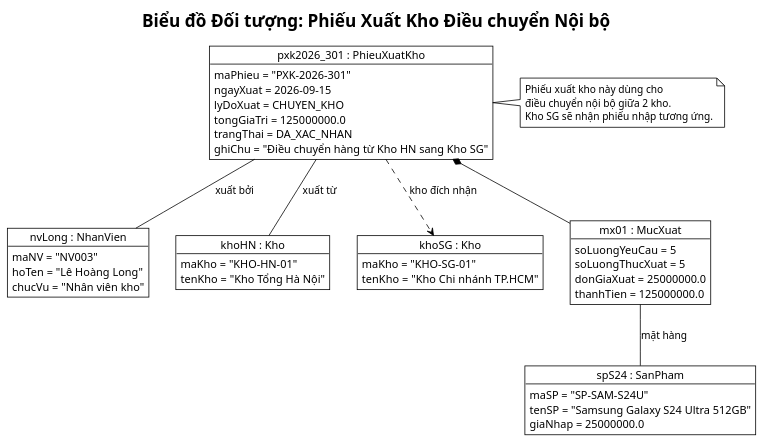
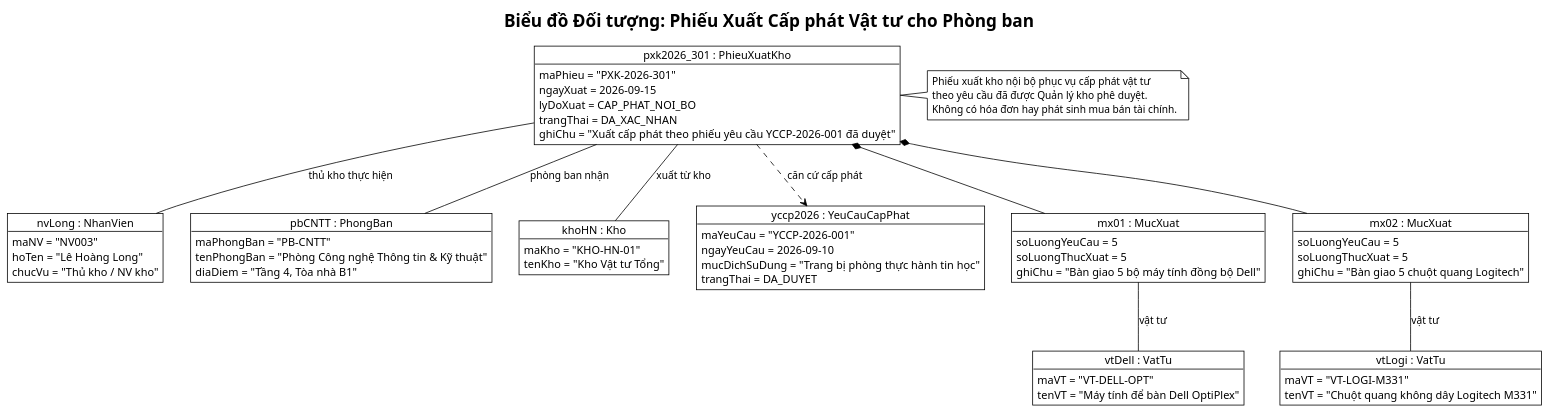
The second of 2 diagrams in BTL-QuanLyKhoHang/plantuml/object-diagrams.puml (vuhoabinh2416137/G8_Quanlysanphamvakhohang), drawn with PlantUML before and after one commit. The commit also changed other lines of this file and 73 other files, not shown here.

Commit message:
refactor: chuyen doi toan bo du an sang Quan ly Kho vat tu noi bo to chuc va bo sung ke hoach phan cong 7 thanh vien

```diff
--- a/BTL-QuanLyKhoHang/plantuml/object-diagrams.puml
+++ b/BTL-QuanLyKhoHang/plantuml/object-diagrams.puml
@@ -107,60 +96,78 @@
 @startuml object-diagram-phieu-xuat-chuyen-kho
 !theme plain
 skinparam classAttributeIconSize 0
 skinparam defaultTextAlignment left
 skinparam defaultFontName "Arial"
 
-title Biểu đồ Đối tượng: Phiếu Xuất Kho Điều chuyển Nội bộ
+title Biểu đồ Đối tượng: Phiếu Xuất Cấp phát Vật tư cho Phòng ban
 
 object "nvLong : NhanVien" as nvLong {
     maNV = "NV003"
     hoTen = "Lê Hoàng Long"
-    chucVu = "Nhân viên kho"
+    chucVu = "Thủ kho / NV kho"
+}
+
+object "pbCNTT : PhongBan" as pbCNTT {
+    maPhongBan = "PB-CNTT"
+    tenPhongBan = "Phòng Công nghệ Thông tin & Kỹ thuật"
+    diaDiem = "Tầng 4, Tòa nhà B1"
 }
 
 object "khoHN : Kho" as khoHN {
     maKho = "KHO-HN-01"
-    tenKho = "Kho Tổng Hà Nội"
+    tenKho = "Kho Vật tư Tổng"
 }
 
-object "khoSG : Kho" as khoSG {
-    maKho = "KHO-SG-01"
-    tenKho = "Kho Chi nhánh TP.HCM"
+object "yccp2026 : YeuCauCapPhat" as yccp2026 {
+    maYeuCau = "YCCP-2026-001"
+    ngayYeuCau = 2026-09-10
+    mucDichSuDung = "Trang bị phòng thực hành tin học"
+    trangThai = DA_DUYET
 }
 
 object "pxk2026_301 : PhieuXuatKho" as pxk2026 {
     maPhieu = "PXK-2026-301"
     ngayXuat = 2026-09-15
-    lyDoXuat = CHUYEN_KHO
-    tongGiaTri = 125000000.0
+    lyDoXuat = CAP_PHAT_NOI_BO
     trangThai = DA_XAC_NHAN
-    ghiChu = "Điều chuyển hàng từ Kho HN sang Kho SG"
+    ghiChu = "Xuất cấp phát theo phiếu yêu cầu YCCP-2026-001 đã duyệt"
 }
 
 object "mx01 : MucXuat" as mx01 {
     soLuongYeuCau = 5
     soLuongThucXuat = 5
-    donGiaXuat = 25000000.0
-    thanhTien = 125000000.0
+    ghiChu = "Bàn giao 5 bộ máy tính đồng bộ Dell"
 }
 
-object "spS24 : SanPham" as spS24 {
-    maSP = "SP-SAM-S24U"
-    tenSP = "Samsung Galaxy S24 Ultra 512GB"
-    giaNhap = 25000000.0
+object "mx02 : MucXuat" as mx02 {
+    soLuongYeuCau = 5
+    soLuongThucXuat = 5
+    ghiChu = "Bàn giao 5 chuột quang Logitech"
+}
+
+object "vtDell : VatTu" as vtDell {
+    maVT = "VT-DELL-OPT"
+    tenVT = "Máy tính để bàn Dell OptiPlex"
+}
+
+object "vtLogi : VatTu" as vtLogi {
+    maVT = "VT-LOGI-M331"
+    tenVT = "Chuột quang không dây Logitech M331"
 }
 
 ' Links
-pxk2026 -- khoHN : xuất từ
-pxk2026 -- nvLong : xuất bởi
+pxk2026 ..> yccp2026 : căn cứ cấp phát
+pxk2026 -- pbCNTT : phòng ban nhận
+pxk2026 -- khoHN : xuất từ kho
+pxk2026 -- nvLong : thủ kho thực hiện
 pxk2026 *-- mx01
-mx01 -- spS24 : mặt hàng
+pxk2026 *-- mx02
+mx01 -- vtDell : vật tư
+mx02 -- vtLogi : vật tư
 
 note right of pxk2026
-    Phiếu xuất kho này dùng cho
-    điều chuyển nội bộ giữa 2 kho.
-    Kho SG sẽ nhận phiếu nhập tương ứng.
+    Phiếu xuất kho nội bộ phục vụ cấp phát vật tư
+    theo yêu cầu đã được Quản lý kho phê duyệt.
+    Không có hóa đơn hay phát sinh mua bán tài chính.
 end note
-
-pxk2026 ..> khoSG : kho đích nhận
 @enduml
```
